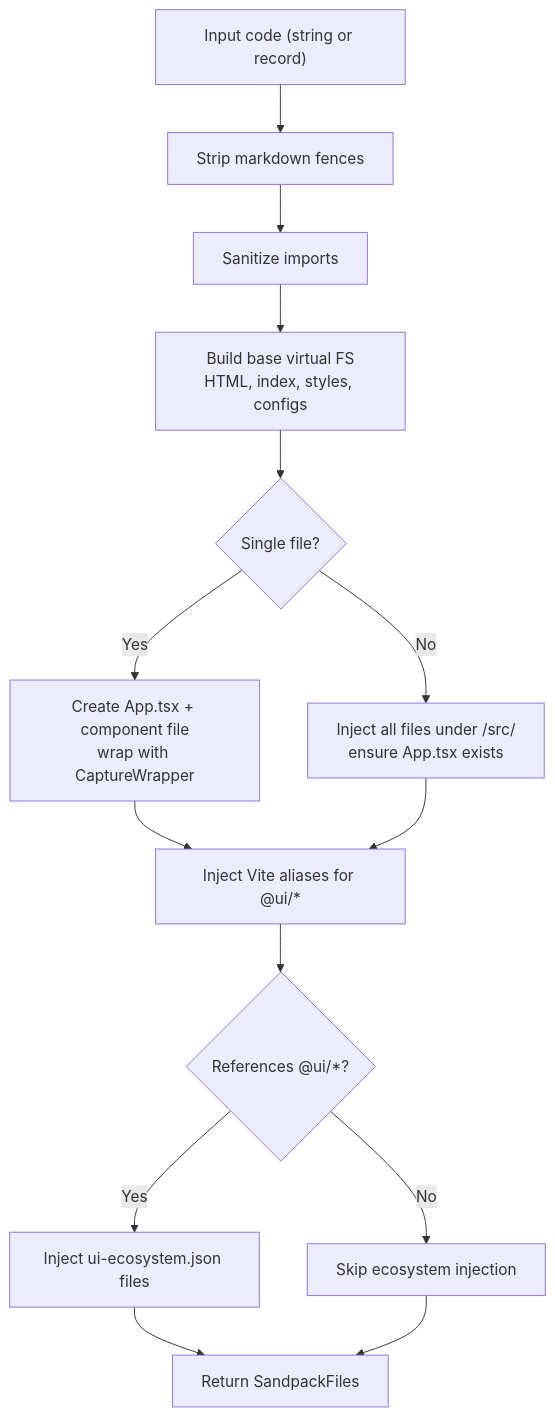
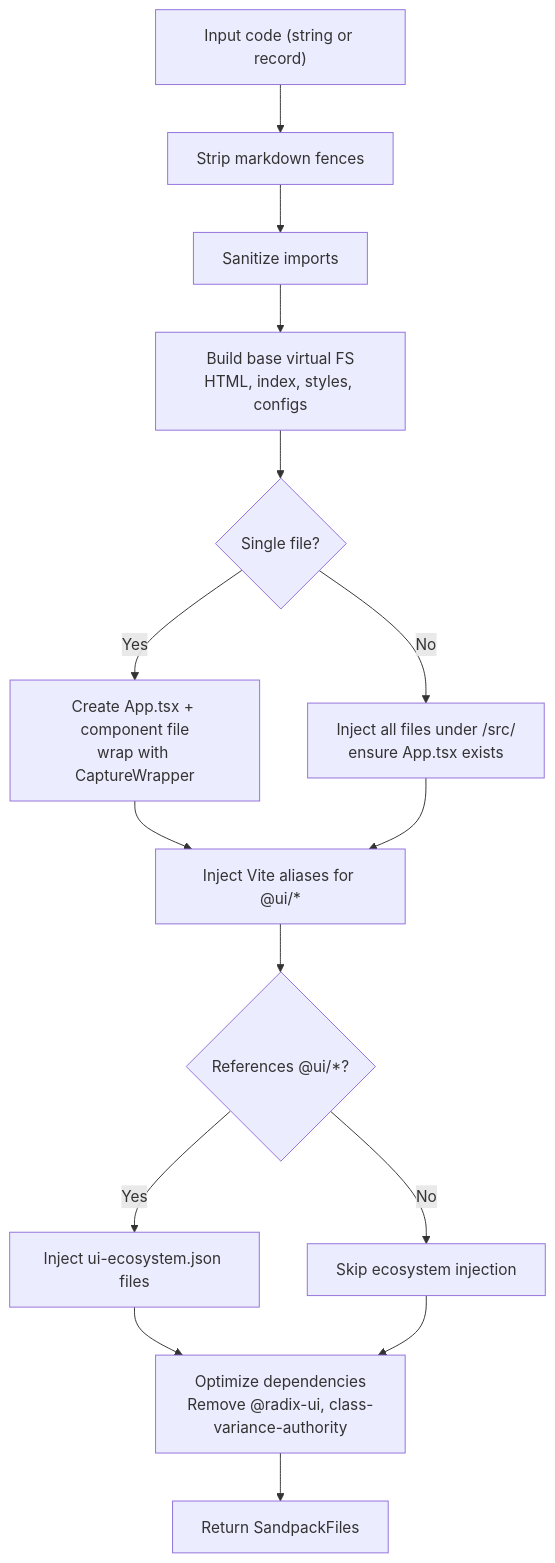
The fourth of 8 diagrams in .qoder/repowiki/en/content/Live Preview & Development Tools/Sandpack Integration.md (shekhargiri005-dotcom/AI-powered-accessibility-first-UI-engine), drawn with Mermaid before and after one commit. The commit also changed other lines of this file and 32 other files, not shown here.

````diff
--- a/.qoder/repowiki/en/content/Live Preview & Development Tools/Sandpack Integration.md
+++ b/.qoder/repowiki/en/content/Live Preview & Development Tools/Sandpack Integration.md
@@ -193,16 +216,17 @@
 ```mermaid
 flowchart TD
 A["Input code (string or record)"] --> B["Strip markdown fences"]
 B --> C["Sanitize imports"]
 C --> D["Build base virtual FS<br/>HTML, index, styles, configs"]
 D --> E{"Single file?"}
 E --> |Yes| F["Create App.tsx + component file<br/>wrap with CaptureWrapper"]
 E --> |No| G["Inject all files under /src/<name><br/>ensure App.tsx exists"]
 F --> H["Inject Vite aliases for @ui/*"]
 G --> H
 H --> I{"References @ui/*?"}
 I --> |Yes| J["Inject ui-ecosystem.json files"]
 I --> |No| K["Skip ecosystem injection"]
-J --> L["Return SandpackFiles"]
+J --> L["Optimize dependencies<br/>Remove @radix-ui, class-variance-authority"]
 K --> L
+L --> M["Return SandpackFiles"]
 ```
````
